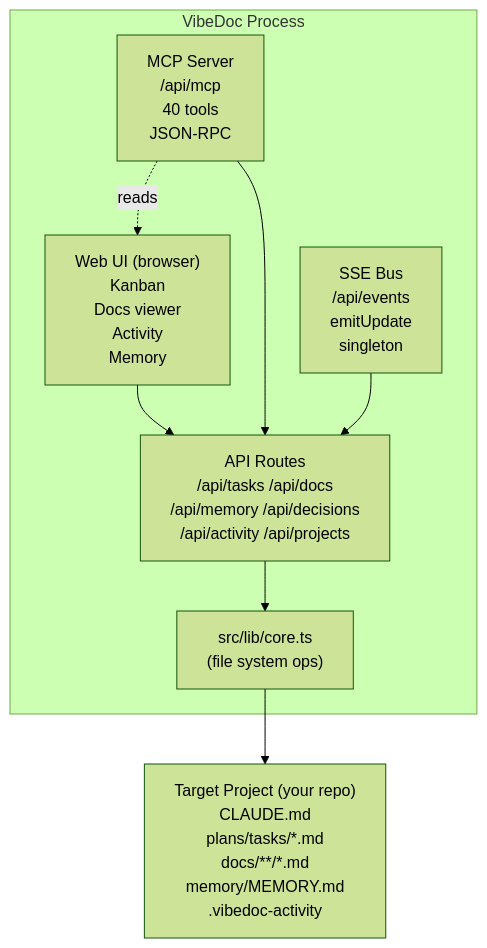
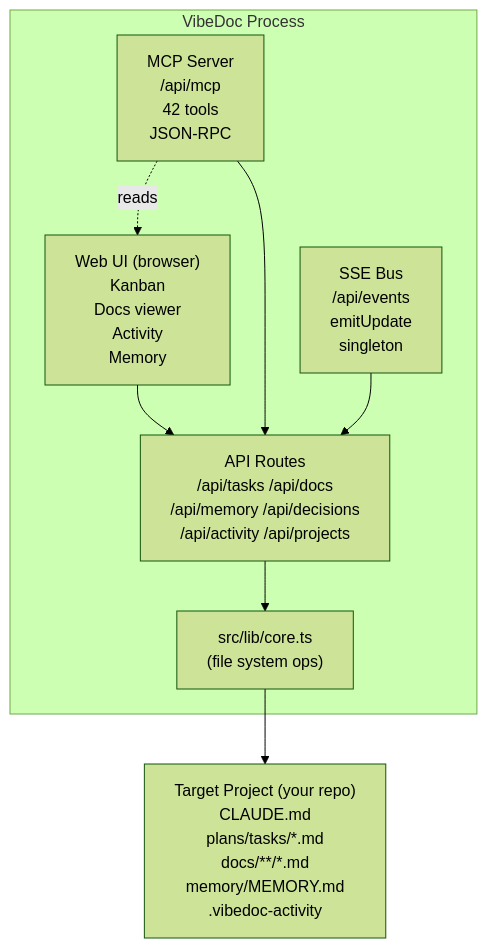
The diagram in docs/architecture/01-overview/DOMAIN_MAP.md (quanghoangf/vibedoc), drawn with Mermaid (forest theme) before and after one commit. The commit also changed 9 other files, not shown here.

````diff
--- a/docs/architecture/01-overview/DOMAIN_MAP.md
+++ b/docs/architecture/01-overview/DOMAIN_MAP.md
@@ -6,22 +6,22 @@
 ```mermaid
 graph TB
     subgraph VibeDoc["VibeDoc Process"]
         WebUI["Web UI (browser)<br/>Kanban<br/>Docs viewer<br/>Activity<br/>Memory"]
-        MCP["MCP Server<br/>/api/mcp<br/>40 tools<br/>JSON-RPC"]
+        MCP["MCP Server<br/>/api/mcp<br/>42 tools<br/>JSON-RPC"]
         SSE["SSE Bus<br/>/api/events<br/>emitUpdate<br/>singleton"]
 
         API["API Routes<br/>/api/tasks /api/docs<br/>/api/memory /api/decisions<br/>/api/activity /api/projects"]
 
         Core["src/lib/core.ts<br/>(file system ops)"]
 
         MCP -.->|reads| WebUI
         WebUI --> API
         MCP --> API
         SSE --> API
         API --> Core
     end
 
     Project["Target Project (your repo)<br/>CLAUDE.md<br/>plans/tasks/*.md<br/>docs/**/*.md<br/>memory/MEMORY.md<br/>.vibedoc-activity"]
 
     Core --> Project
 ```
````
